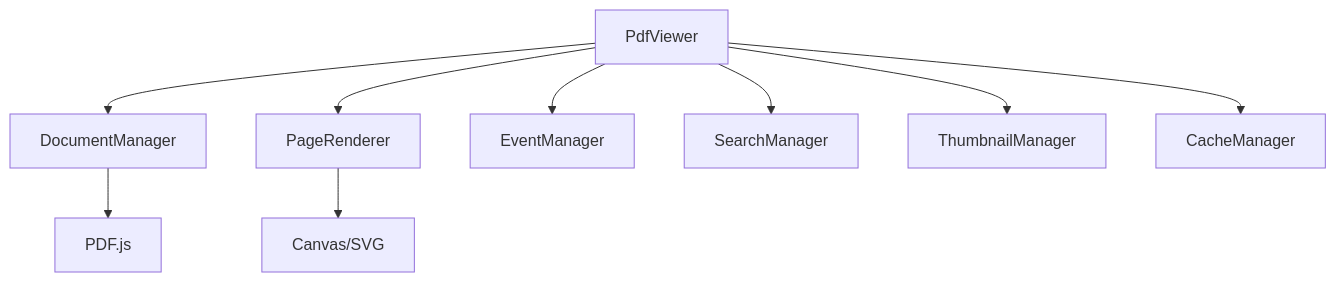
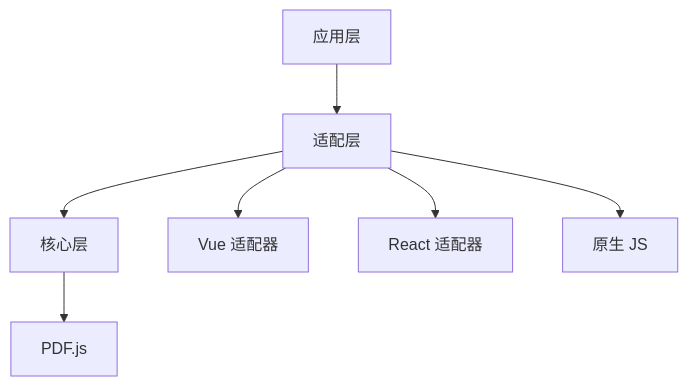
The diagram in library/pdf/docs/guide/index.md (poly1603/ldesign), drawn with Mermaid before and after one commit. The commit also changed other lines of this file and 686 other files, not shown here.

````diff
--- a/library/pdf/docs/guide/index.md
+++ b/library/pdf/docs/guide/index.md
@@ -65,11 +56,10 @@
 ```mermaid
 graph TB
-    A[PdfViewer] --> B[DocumentManager]
-    A --> C[PageRenderer]
-    A --> D[EventManager]
-    B --> E[PDF.js]
-    C --> F[Canvas/SVG]
-    A --> G[SearchManager]
-    A --> H[ThumbnailManager]
-    A --> I[CacheManager]
+    A[应用层] --> B[适配层]
+    B --> C[核心层]
+    C --> D[PDF.js]
+
+    B --> E[Vue 适配器]
+    B --> F[React 适配器]
+    B --> G[原生 JS]
 ```
````
